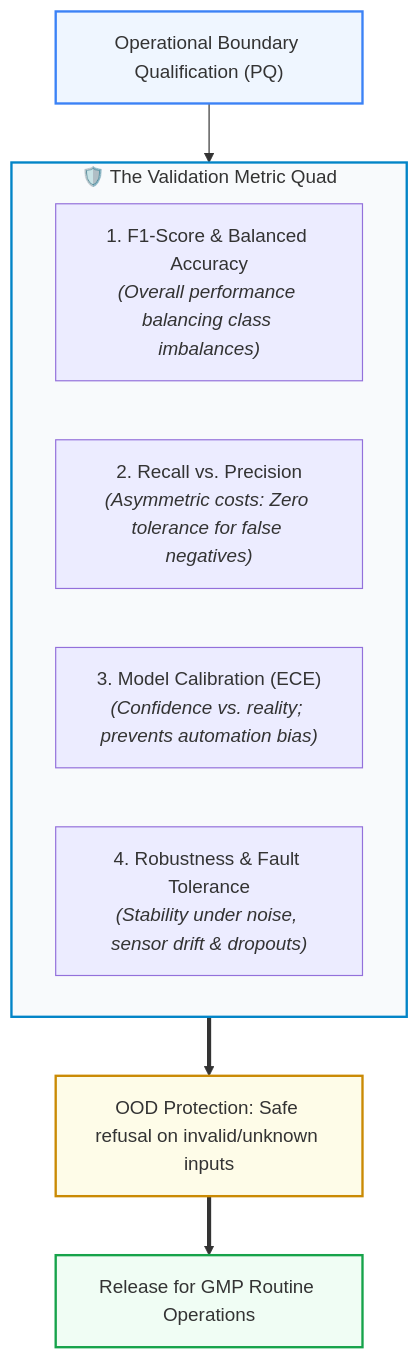
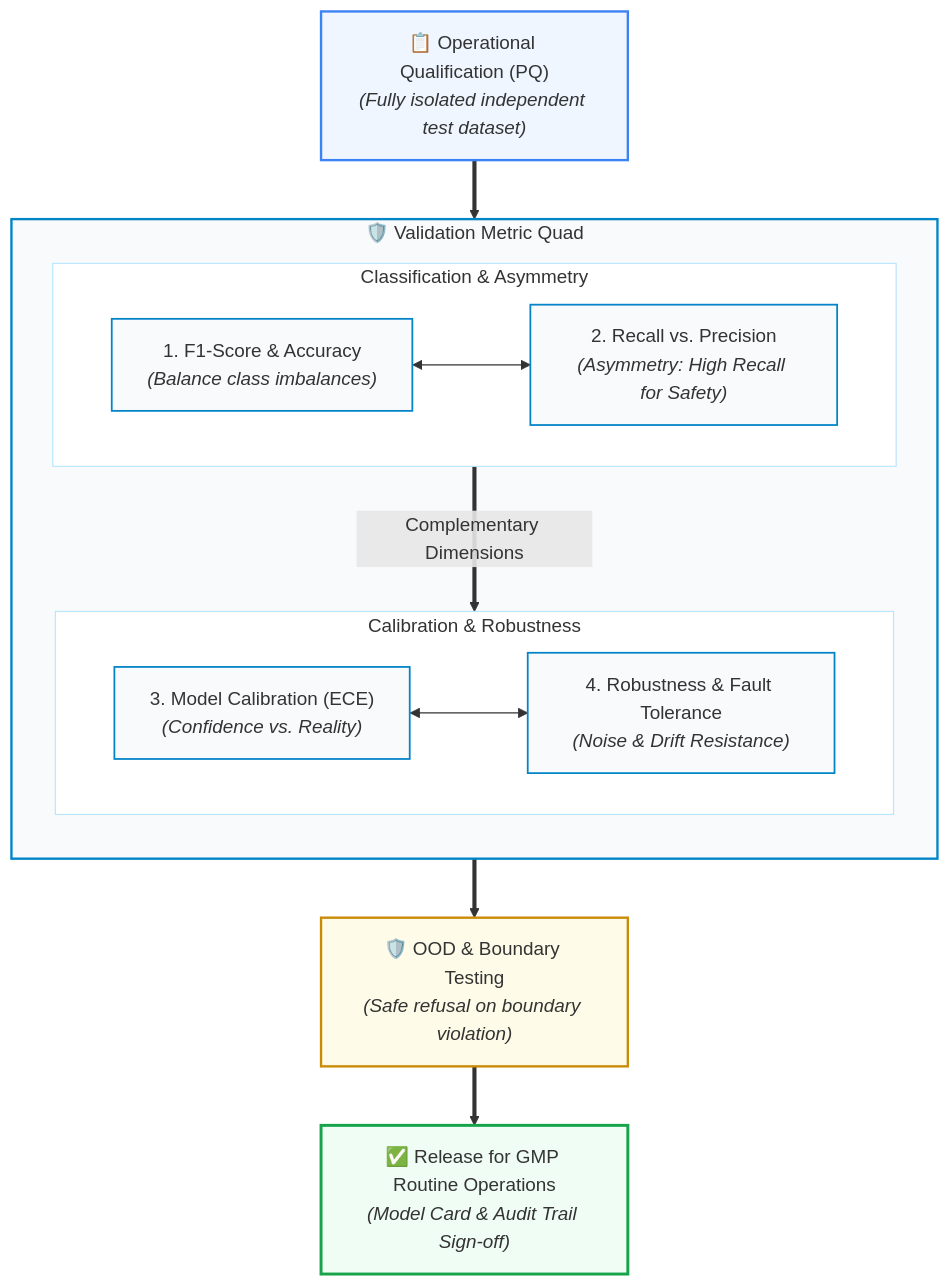
One commit to Lunaman06/Annex22 changed the diagram in docs/en/module_08_validation_performance_testing.md. Above: the diagram before and after it, drawn with Mermaid. The commit also changed other lines of this file and 29 other files, not shown here.

Commit message:
style(docs): optimize mermaid diagram aspect ratios, edge flows and legibility across all DE and EN modules

````diff
--- a/docs/en/module_08_validation_performance_testing.md
+++ b/docs/en/module_08_validation_performance_testing.md
@@ -23,18 +23,41 @@
 ```mermaid
-graph TD
-    subgraph MetricQuad["🛡️ The Validation Metric Quad"]
-        M1["1. F1-Score & Balanced Accuracy<br/><i>(Overall performance balancing class imbalances)</i>"]
-        M2["2. Recall vs. Precision<br/><i>(Asymmetric costs: Zero tolerance for false negatives)</i>"]
-        M3["3. Model Calibration (ECE)<br/><i>(Confidence vs. reality; prevents automation bias)</i>"]
-        M4["4. Robustness & Fault Tolerance<br/><i>(Stability under noise, sensor drift & dropouts)</i>"]
+flowchart TD
+    PQ["📋 Operational Qualification (PQ)<br/><i>(Fully isolated independent test dataset)</i>"]
+
+    subgraph MetricQuad["🛡️ Validation Metric Quad"]
+        direction TB
+        subgraph TopRow["Classification & Asymmetry"]
+            direction LR
+            M1["1. F1-Score & Accuracy<br/><i>(Balance class imbalances)</i>"]
+            M2["2. Recall vs. Precision<br/><i>(Asymmetry: High Recall for Safety)</i>"]
+            M1 <--> M2
+        end
+
+        subgraph BottomRow["Calibration & Robustness"]
+            direction LR
+            M3["3. Model Calibration (ECE)<br/><i>(Confidence vs. Reality)</i>"]
+            M4["4. Robustness & Fault Tolerance<br/><i>(Noise & Drift Resistance)</i>"]
+            M3 <--> M4
+        end
+
+        TopRow ==>|"Complementary Dimensions"| BottomRow
     end
 
-    PQ["Operational Boundary Qualification (PQ)"] --> MetricQuad
-    MetricQuad ==> OOD["OOD Protection: Safe refusal on invalid/unknown inputs"]
-    OOD ==> PASS["Release for GMP Routine Operations"]
+    OOD["🛡️ OOD & Boundary Testing<br/><i>(Safe refusal on boundary violation)</i>"]
+    PASS["✅ Release for GMP Routine Operations<br/><i>(Model Card & Audit Trail Sign-off)</i>"]
+
+    PQ ==> MetricQuad
+    MetricQuad ==> OOD
+    OOD ==> PASS
 
     style MetricQuad fill:#f8fafc,stroke:#0284c7,stroke-width:2px
+    style TopRow fill:#ffffff,stroke:#bae6fd,stroke-width:1px
+    style BottomRow fill:#ffffff,stroke:#bae6fd,stroke-width:1px
     style PQ fill:#eff6ff,stroke:#3b82f6,stroke-width:2px
     style OOD fill:#fefce8,stroke:#ca8a04,stroke-width:2px
-    style PASS fill:#f0fdf4,stroke:#16a34a,stroke-width:2px
+    style PASS fill:#f0fdf4,stroke:#16a34a,stroke-width:2.5px
+    style M1 fill:#f8fafc,stroke:#0284c7,stroke-width:1.5px
+    style M2 fill:#f8fafc,stroke:#0284c7,stroke-width:1.5px
+    style M3 fill:#f8fafc,stroke:#0284c7,stroke-width:1.5px
+    style M4 fill:#f8fafc,stroke:#0284c7,stroke-width:1.5px
 ```
````
